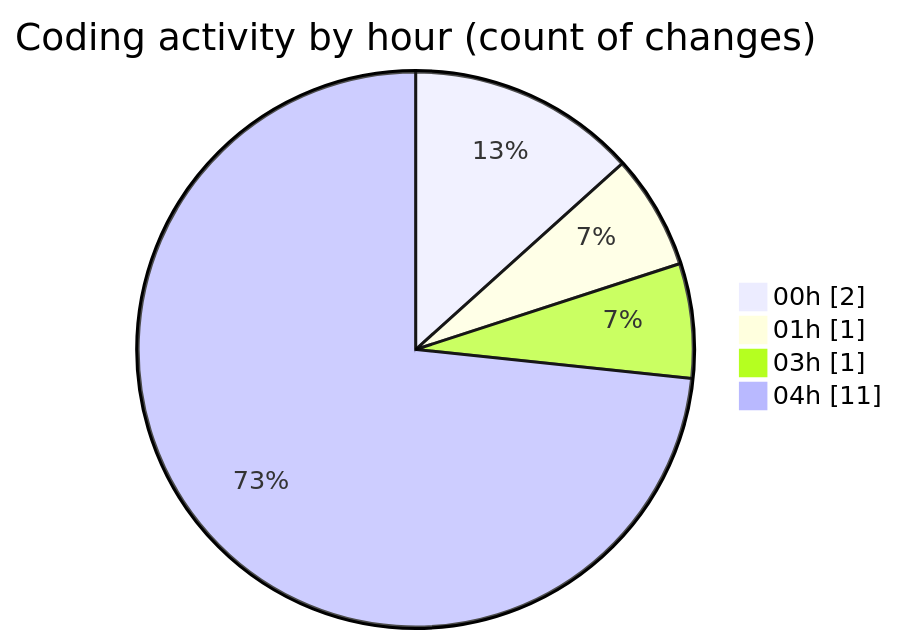
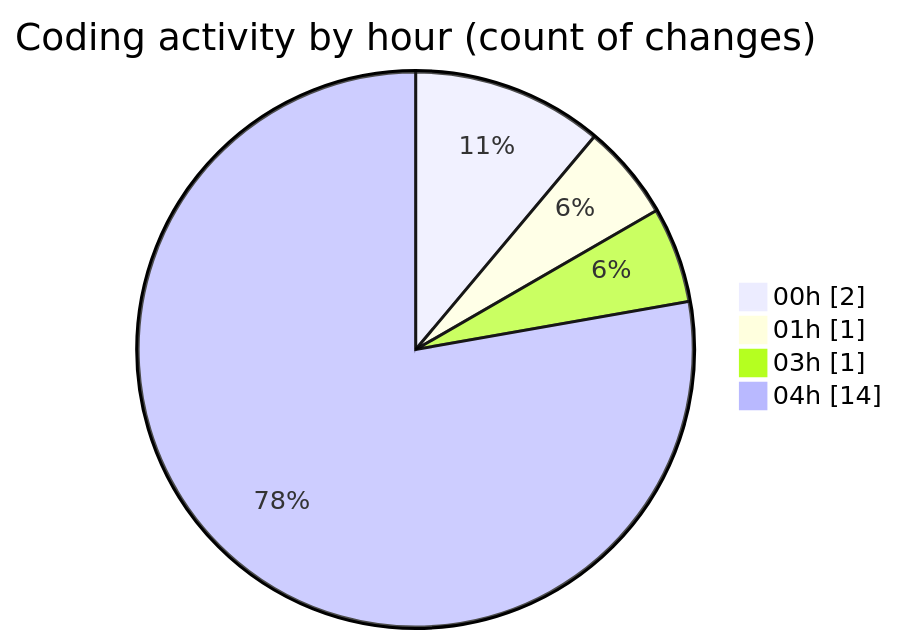
One commit to julien-gomy/code-tracking changed the second of 2 diagrams in 2025-11-14/eventscop-api-guide__workspace_/README.md. Above: the diagram before and after it, drawn with Mermaid. The commit also changed other lines of this file and 1 other file, not shown here.

````diff
--- a/2025-11-14/eventscop-api-guide__workspace_/README.md
+++ b/2025-11-14/eventscop-api-guide__workspace_/README.md
@@ -33,8 +33,8 @@
 ```mermaid
 pie showData
 title Coding activity by hour (count of changes)
 "00h" : 2
 "01h" : 1
 "03h" : 1
-"04h" : 11
+"04h" : 14
 ```
````
